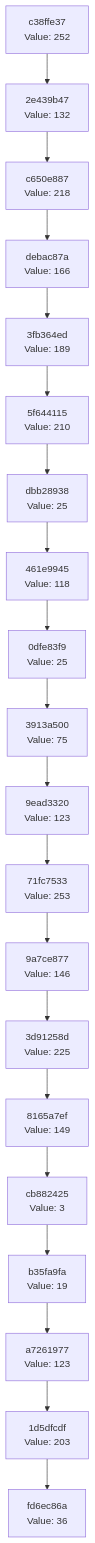
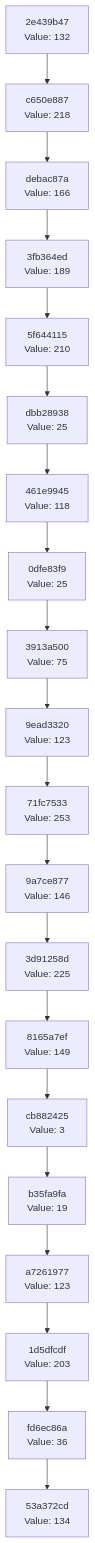
One commit to Abhisheksinha1506/hash-chain-evolver changed the diagram in docs/CHAIN_VISUALIZATION.md. Above: the diagram before and after it, drawn with Mermaid. The commit also changed 2 other files, not shown here.

Commit message:
Evolution step: hash 0x86 → action executed

````diff
--- a/docs/CHAIN_VISUALIZATION.md
+++ b/docs/CHAIN_VISUALIZATION.md
@@ -3,42 +3,42 @@
 ```mermaid
 graph TD
-    C0["fd6ec86a<br/>Value: 36"]
-    C1["1d5dfcdf<br/>Value: 203"]
+    C0["53a372cd<br/>Value: 134"]
+    C1["fd6ec86a<br/>Value: 36"]
     C1 --> C0
-    C2["a7261977<br/>Value: 123"]
+    C2["1d5dfcdf<br/>Value: 203"]
     C2 --> C1
-    C3["b35fa9fa<br/>Value: 19"]
+    C3["a7261977<br/>Value: 123"]
     C3 --> C2
-    C4["cb882425<br/>Value: 3"]
+    C4["b35fa9fa<br/>Value: 19"]
     C4 --> C3
-    C5["8165a7ef<br/>Value: 149"]
+    C5["cb882425<br/>Value: 3"]
     C5 --> C4
-    C6["3d91258d<br/>Value: 225"]
+    C6["8165a7ef<br/>Value: 149"]
     C6 --> C5
-    C7["9a7ce877<br/>Value: 146"]
+    C7["3d91258d<br/>Value: 225"]
     C7 --> C6
-    C8["71fc7533<br/>Value: 253"]
+    C8["9a7ce877<br/>Value: 146"]
     C8 --> C7
-    C9["9ead3320<br/>Value: 123"]
+    C9["71fc7533<br/>Value: 253"]
     C9 --> C8
-    C10["3913a500<br/>Value: 75"]
+    C10["9ead3320<br/>Value: 123"]
     C10 --> C9
-    C11["0dfe83f9<br/>Value: 25"]
+    C11["3913a500<br/>Value: 75"]
     C11 --> C10
-    C12["461e9945<br/>Value: 118"]
+    C12["0dfe83f9<br/>Value: 25"]
     C12 --> C11
-    C13["dbb28938<br/>Value: 25"]
+    C13["461e9945<br/>Value: 118"]
     C13 --> C12
-    C14["5f644115<br/>Value: 210"]
+    C14["dbb28938<br/>Value: 25"]
     C14 --> C13
-    C15["3fb364ed<br/>Value: 189"]
+    C15["5f644115<br/>Value: 210"]
     C15 --> C14
-    C16["debac87a<br/>Value: 166"]
+    C16["3fb364ed<br/>Value: 189"]
     C16 --> C15
-    C17["c650e887<br/>Value: 218"]
+    C17["debac87a<br/>Value: 166"]
     C17 --> C16
-    C18["2e439b47<br/>Value: 132"]
+    C18["c650e887<br/>Value: 218"]
     C18 --> C17
-    C19["c38ffe37<br/>Value: 252"]
+    C19["2e439b47<br/>Value: 132"]
     C19 --> C18
 ```
````
